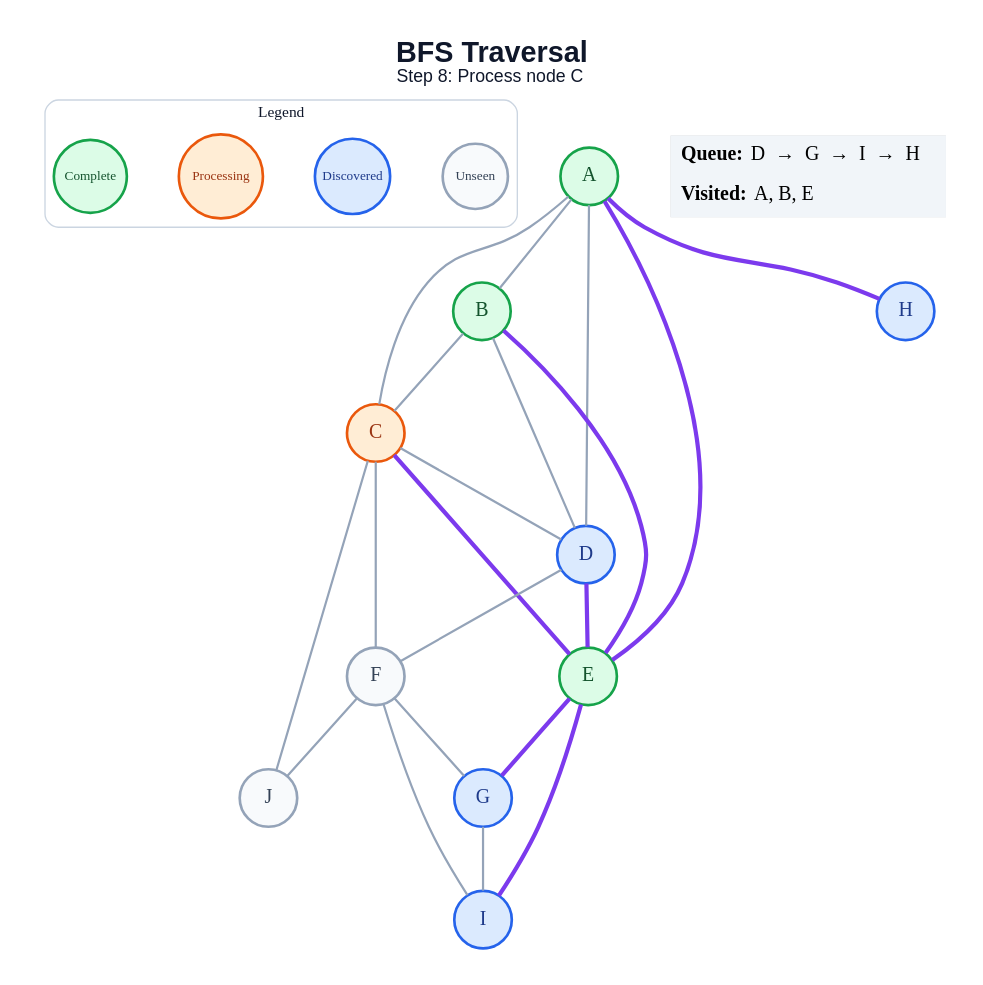
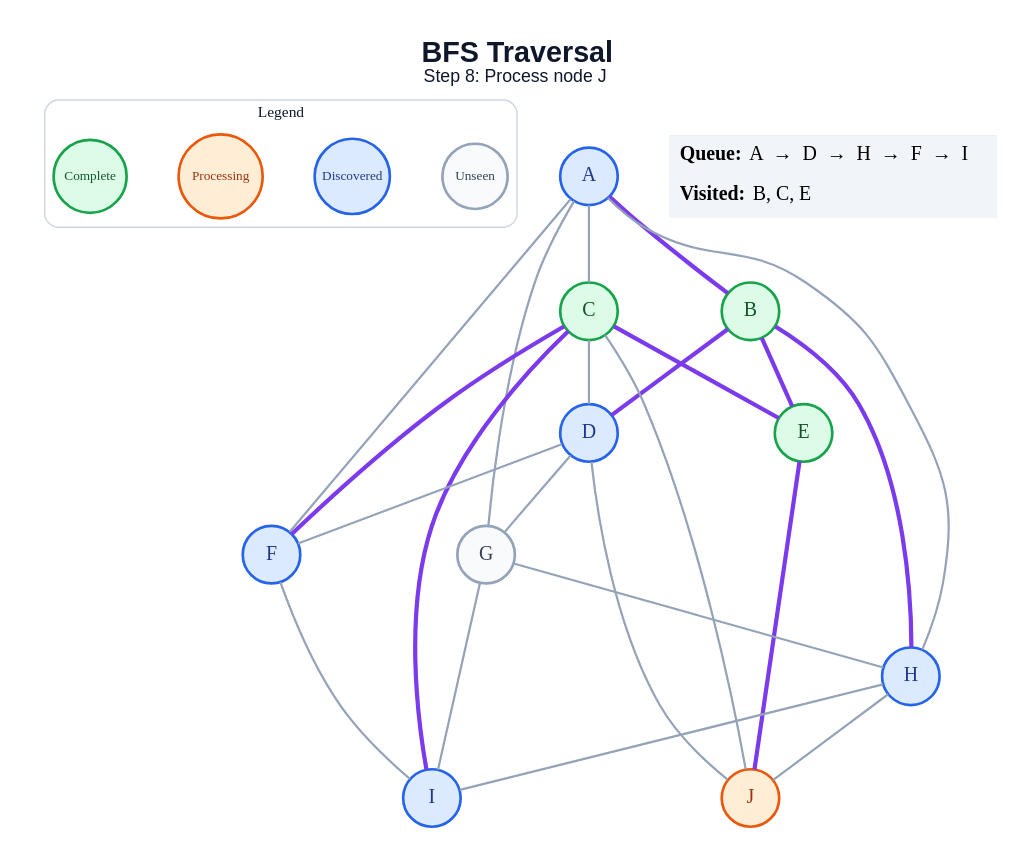
Before and after one commit to amanghodawala9/ai-slop: the diagram in generated/specific-node/bfs/step_08.dot, drawn with Graphviz. The commit also changed 178 other files, not shown here.

```diff
--- a/generated/specific-node/bfs/step_08.dot
+++ b/generated/specific-node/bfs/step_08.dot
@@ -1,49 +1,51 @@
 graph traversal {
   graph [layout=dot, rankdir=TB, bgcolor="#FFFFFF", pad="0.35", nodesep="0.65", ranksep="0.8", fontname="Arial"];
   node [shape=circle, style="filled", fontname="Arial Bold", fontsize=18, width=0.72, fixedsize=true, penwidth=2.4];
   edge [color="#94A3B8", penwidth=2.0];
-  label=<<B>BFS Traversal</B><BR/><FONT POINT-SIZE="16">Step 8: Process node C</FONT>>; labelloc="t"; fontsize=26; fontname="Arial"; fontcolor="#0F172A";
+  label=<<B>BFS Traversal</B><BR/><FONT POINT-SIZE="16">Step 8: Process node J</FONT>>; labelloc="t"; fontsize=26; fontname="Arial"; fontcolor="#0F172A";
   subgraph cluster_legend { label="Legend"; color="#CBD5E1"; penwidth=1.2; style="rounded"; fontsize=14; fontname="Arial Bold";
     key_unseen [label="Unseen", fillcolor="#F8FAFC", color="#94A3B8", fontcolor="#334155", fontsize=12, width=0.82];
     key_frontier [label="Discovered", fillcolor="#DBEAFE", color="#2563EB", fontcolor="#1E3A8A", fontsize=12, width=0.95];
     key_current [label="Processing", fillcolor="#FFEDD5", color="#EA580C", fontcolor="#9A3412", fontsize=12, width=1.05];
     key_done [label="Complete", fillcolor="#DCFCE7", color="#16A34A", fontcolor="#14532D", fontsize=12, width=0.92];
     { rank=same; key_unseen; key_frontier; key_current; key_done; }
   }
-  A [fillcolor="#DCFCE7", color="#16A34A", fontcolor="#14532D"];
+  A [fillcolor="#DBEAFE", color="#2563EB", fontcolor="#1E3A8A"];
   B [fillcolor="#DCFCE7", color="#16A34A", fontcolor="#14532D"];
-  C [fillcolor="#FFEDD5", color="#EA580C", fontcolor="#9A3412"];
+  C [fillcolor="#DCFCE7", color="#16A34A", fontcolor="#14532D"];
   D [fillcolor="#DBEAFE", color="#2563EB", fontcolor="#1E3A8A"];
   E [fillcolor="#DCFCE7", color="#16A34A", fontcolor="#14532D"];
-  F [fillcolor="#F8FAFC", color="#94A3B8", fontcolor="#334155"];
-  G [fillcolor="#DBEAFE", color="#2563EB", fontcolor="#1E3A8A"];
+  F [fillcolor="#DBEAFE", color="#2563EB", fontcolor="#1E3A8A"];
+  G [fillcolor="#F8FAFC", color="#94A3B8", fontcolor="#334155"];
   H [fillcolor="#DBEAFE", color="#2563EB", fontcolor="#1E3A8A"];
   I [fillcolor="#DBEAFE", color="#2563EB", fontcolor="#1E3A8A"];
-  J [fillcolor="#F8FAFC", color="#94A3B8", fontcolor="#334155"];
-  A -- B;
+  J [fillcolor="#FFEDD5", color="#EA580C", fontcolor="#9A3412"];
+  A -- B [color="#7C3AED", penwidth=3.8];
   A -- C;
-  A -- D;
-  A -- E [color="#7C3AED", penwidth=3.8];
-  A -- H [color="#7C3AED", penwidth=3.8];
-  B -- C;
-  B -- D;
+  A -- F;
+  A -- G;
+  A -- H;
+  B -- D [color="#7C3AED", penwidth=3.8];
   B -- E [color="#7C3AED", penwidth=3.8];
+  B -- H [color="#7C3AED", penwidth=3.8];
   C -- D;
   C -- E [color="#7C3AED", penwidth=3.8];
-  C -- F;
+  C -- F [color="#7C3AED", penwidth=3.8];
+  C -- I [color="#7C3AED", penwidth=3.8];
   C -- J;
-  D -- E [color="#7C3AED", penwidth=3.8];
   D -- F;
-  E -- G [color="#7C3AED", penwidth=3.8];
-  E -- I [color="#7C3AED", penwidth=3.8];
-  F -- G;
+  D -- G;
+  D -- J;
+  E -- J [color="#7C3AED", penwidth=3.8];
   F -- I;
-  F -- J;
+  G -- H;
   G -- I;
+  H -- I;
+  H -- J;
   status [shape=plain, fixedsize=false, width=0, height=0, margin=0, label=<
     <TABLE BORDER="0" CELLBORDER="0" CELLPADDING="7" BGCOLOR="#F1F5F9">
-      <TR><TD ALIGN="LEFT"><B>Queue:</B> D  →  G  →  I  →  H</TD></TR>
-      <TR><TD ALIGN="LEFT"><B>Visited:</B> A, B, E</TD></TR>
+      <TR><TD ALIGN="LEFT"><B>Queue:</B> A  →  D  →  H  →  F  →  I</TD></TR>
+      <TR><TD ALIGN="LEFT"><B>Visited:</B> B, C, E</TD></TR>
     </TABLE>
   >];
 }
```
